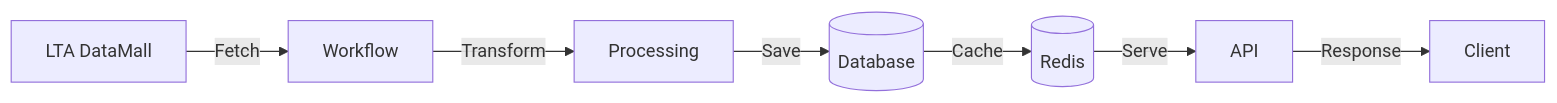
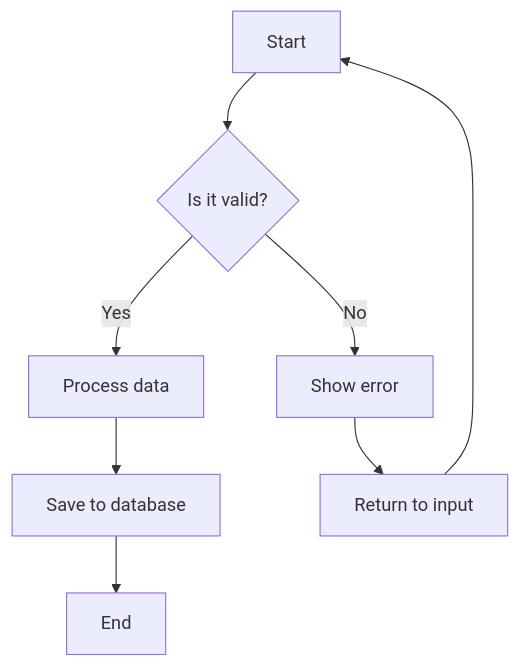
Before and after one commit to runkids/claude-skill-registry: the first of 12 diagrams in skills/data/mermaid-diagrams/SKILL.md, drawn with Mermaid. The commit also changed other lines of this file and 17911 other files, not shown here.

````diff
--- a/skills/data/mermaid-diagrams/SKILL.md
+++ b/skills/data/mermaid-diagrams/SKILL.md
@@ -380,9 +16,10 @@
 ```mermaid
-flowchart LR
-    A[LTA DataMall] -->|Fetch| B[Workflow]
-    B -->|Transform| C[Processing]
-    C -->|Save| D[(Database)]
-    D -->|Cache| E[(Redis)]
-    E -->|Serve| F[API]
-    F -->|Response| G[Client]
+flowchart TD
+    A[Start] --> B{Is it valid?}
+    B -->|Yes| C[Process data]
+    B -->|No| D[Show error]
+    C --> E[Save to database]
+    D --> F[Return to input]
+    E --> G[End]
+    F --> A
 ```
````
